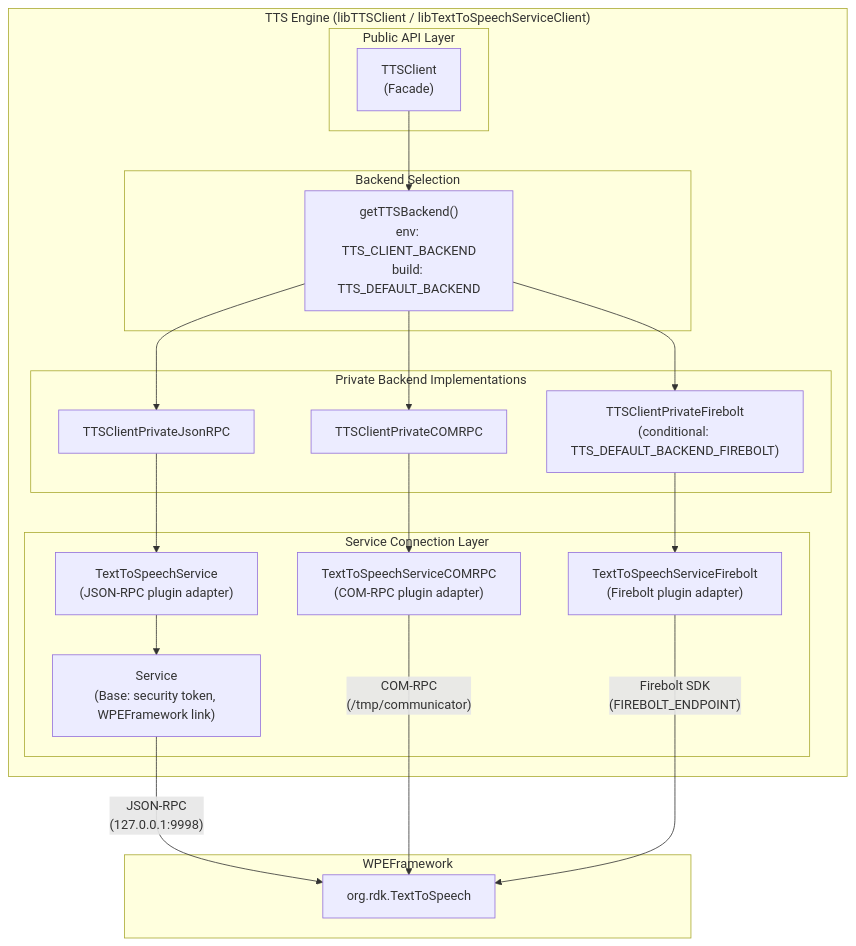
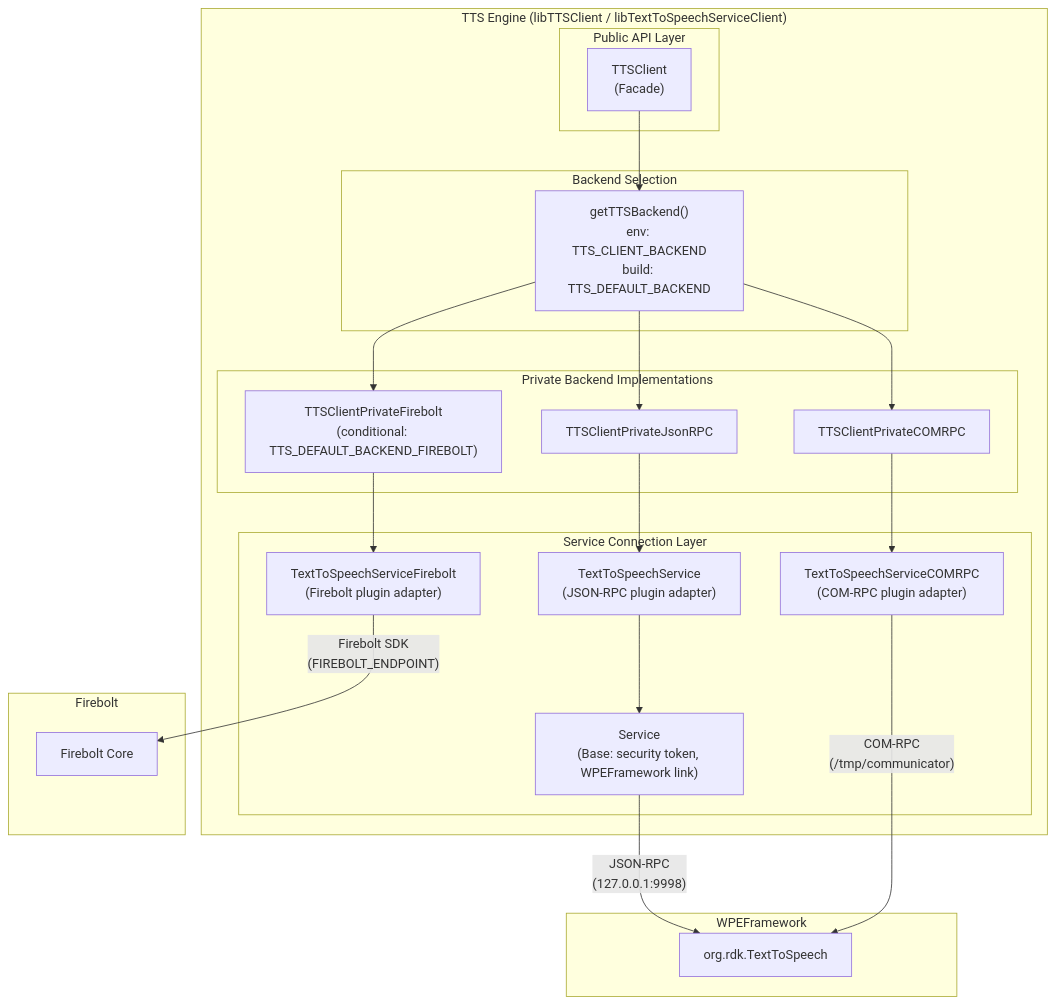
One commit to rns21/RDK_Documentation changed the second of 7 diagrams in docs/docu/RDKV-Documentations/tts_engine.md. Above: the diagram before and after it, drawn with Mermaid. The commit also changed other lines of this file, not shown here.

````diff
--- a/docs/docu/RDKV-Documentations/tts_engine.md
+++ b/docs/docu/RDKV-Documentations/tts_engine.md
@@ -69,41 +71,45 @@
 ```mermaid
 graph TD
     subgraph TTSEngineLibrary["TTS Engine (libTTSClient / libTextToSpeechServiceClient)"]
         subgraph PublicAPI["Public API Layer"]
             TC["TTSClient\n(Facade)"]
         end
 
         subgraph BackendSelector["Backend Selection"]
             BS["getTTSBackend()\nenv: TTS_CLIENT_BACKEND\nbuild: TTS_DEFAULT_BACKEND"]
         end
 
         subgraph Backends["Private Backend Implementations"]
             JSONRPC["TTSClientPrivateJsonRPC"]
             COMRPC["TTSClientPrivateCOMRPC"]
             FB["TTSClientPrivateFirebolt\n(conditional: TTS_DEFAULT_BACKEND_FIREBOLT)"]
         end
 
         subgraph ServiceLayer["Service Connection Layer"]
             SVC_JSON["TextToSpeechService\n(JSON-RPC plugin adapter)"]
             SVC_COM["TextToSpeechServiceCOMRPC\n(COM-RPC plugin adapter)"]
             SVC_FB["TextToSpeechServiceFirebolt\n(Firebolt plugin adapter)"]
             SVC_BASE["Service\n(Base: security token, WPEFramework link)"]
         end
     end
 
     subgraph ThunderPlugin["WPEFramework"]
         TTS_PLUGIN["org.rdk.TextToSpeech"]
     end
 
+    subgraph FireboltGateway["Firebolt"]
+        FB_CORE["Firebolt Core"]
+    end
+
     TC --> BS
     BS --> JSONRPC
     BS --> COMRPC
     BS --> FB
     JSONRPC --> SVC_JSON
     COMRPC --> SVC_COM
     FB --> SVC_FB
     SVC_JSON --> SVC_BASE
     SVC_BASE -->|"JSON-RPC\n(127.0.0.1:9998)"| TTS_PLUGIN
     SVC_COM -->|"COM-RPC\n(/tmp/communicator)"| TTS_PLUGIN
-    SVC_FB -->|"Firebolt SDK\n(FIREBOLT_ENDPOINT)"| TTS_PLUGIN
+    SVC_FB -->|"Firebolt SDK\n(FIREBOLT_ENDPOINT)"| FB_CORE
 ```
````
